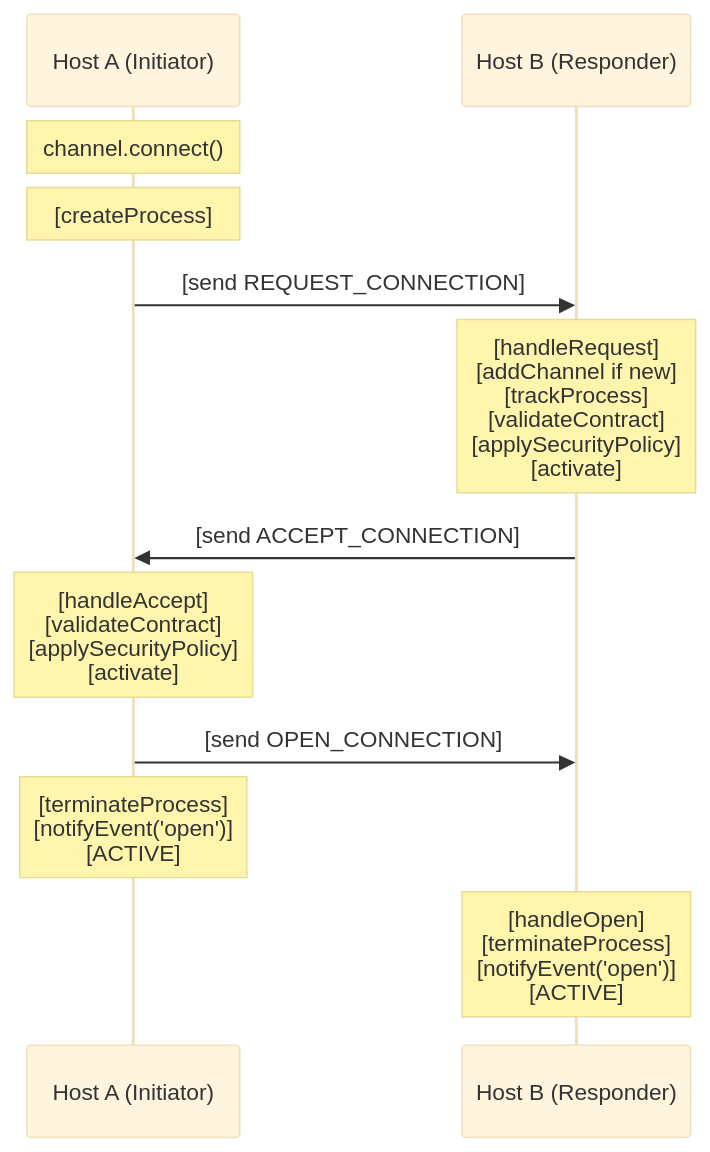
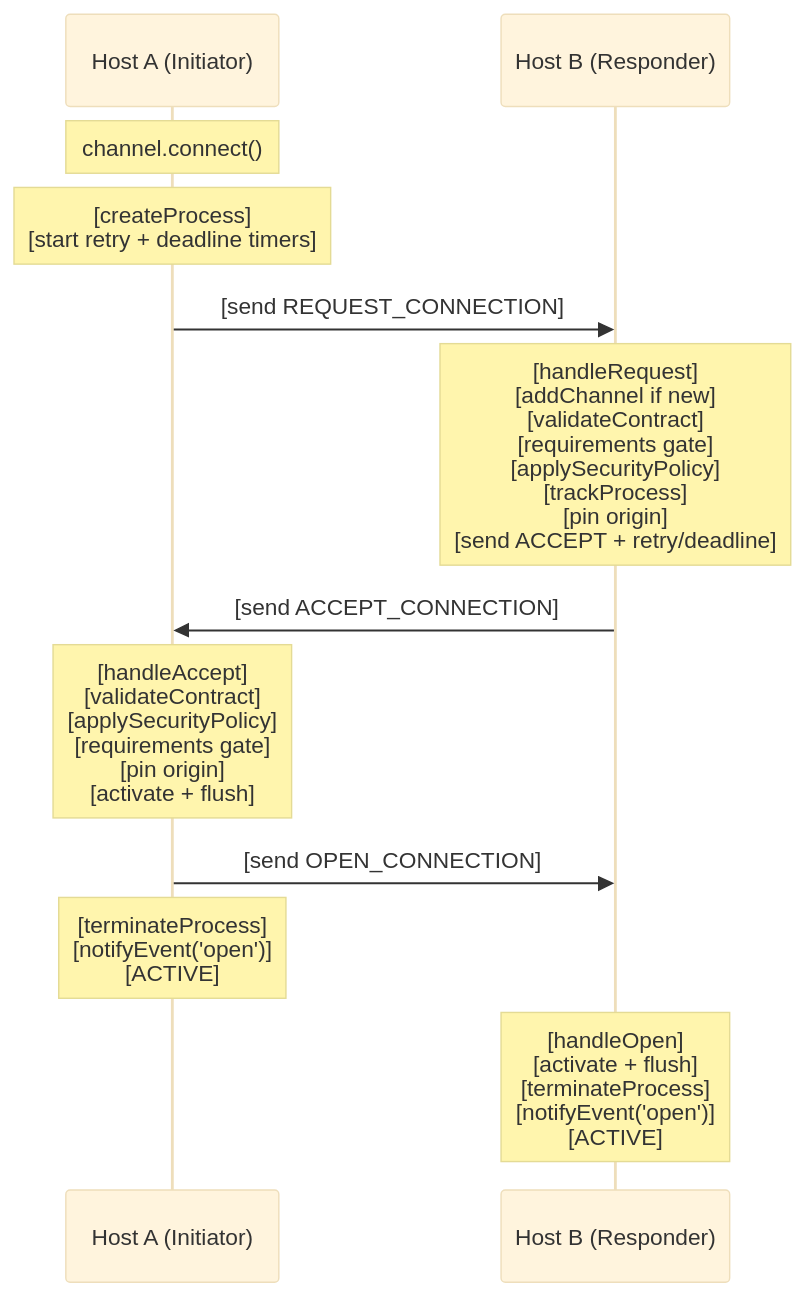
Before and after one commit to AndrewRedican/hyperfrontend: the third of 8 diagrams in libs/nexus/ARCHITECTURE.md, drawn with Mermaid. The commit also changed other lines of this file and 50 other files, not shown here.

First line of the commit message:
feat(lib-nexus)!: replace channel self-activation with the wire handshake, pinned origins, and connect deadline

````diff
--- a/libs/nexus/ARCHITECTURE.md
+++ b/libs/nexus/ARCHITECTURE.md
@@ -238,21 +243,21 @@
 ```mermaid
 ---
 config:
   theme: base
   themeVariables:
     fontSize: 12px
 ---
 sequenceDiagram
     participant HostA as Host A (Initiator)
     participant HostB as Host B (Responder)
 
     Note over HostA: channel.connect()
-    Note over HostA: [createProcess]
+    Note over HostA: [createProcess]<br/>[start retry + deadline timers]
     HostA->>HostB: [send REQUEST_CONNECTION]
-    Note over HostB: [handleRequest]<br/>[addChannel if new]<br/>[trackProcess]<br/>[validateContract]<br/>[applySecurityPolicy]<br/>[activate]
+    Note over HostB: [handleRequest]<br/>[addChannel if new]<br/>[validateContract]<br/>[requirements gate]<br/>[applySecurityPolicy]<br/>[trackProcess]<br/>[pin origin]<br/>[send ACCEPT + retry/deadline]
     HostB->>HostA: [send ACCEPT_CONNECTION]
-    Note over HostA: [handleAccept]<br/>[validateContract]<br/>[applySecurityPolicy]<br/>[activate]
+    Note over HostA: [handleAccept]<br/>[validateContract]<br/>[applySecurityPolicy]<br/>[requirements gate]<br/>[pin origin]<br/>[activate + flush]
     HostA->>HostB: [send OPEN_CONNECTION]
     Note over HostA: [terminateProcess]<br/>[notifyEvent('open')]<br/>[ACTIVE]
-    Note over HostB: [handleOpen]<br/>[terminateProcess]<br/>[notifyEvent('open')]<br/>[ACTIVE]
+    Note over HostB: [handleOpen]<br/>[activate + flush]<br/>[terminateProcess]<br/>[notifyEvent('open')]<br/>[ACTIVE]
 ```
````
